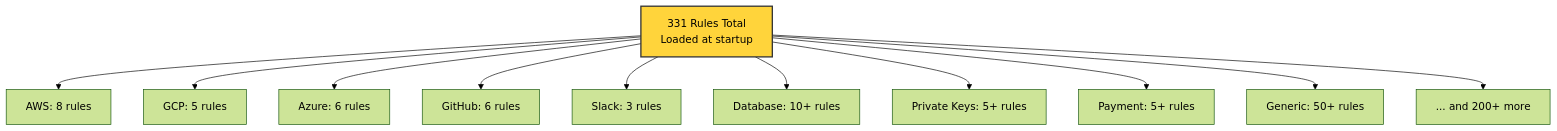
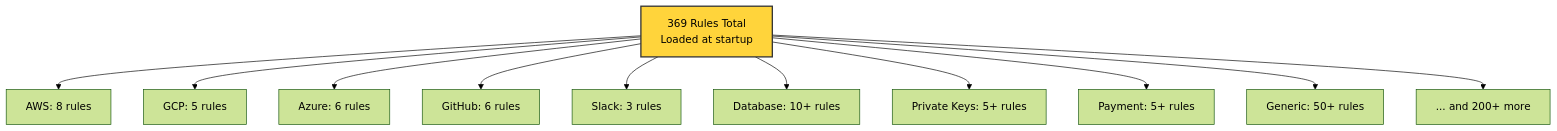
The tenth of 30 diagrams in docs/training/00-System-Design-Simplified.md (svemulapati/CredVigil), drawn with Mermaid (forest theme) before and after one commit. The commit also changed other lines of this file and 20 other files, not shown here.

````diff
--- a/docs/training/00-System-Design-Simplified.md
+++ b/docs/training/00-System-Design-Simplified.md
@@ -450,17 +450,17 @@
 ```mermaid
 graph TD
-    ALL["331 Rules Total<br/>Loaded at startup"]
+    ALL["369 Rules Total<br/>Loaded at startup"]
 
     ALL --> AWS["AWS: 8 rules"]
     ALL --> GCP["GCP: 5 rules"]
     ALL --> AZURE["Azure: 6 rules"]
     ALL --> GITHUB["GitHub: 6 rules"]
     ALL --> SLACK["Slack: 3 rules"]
     ALL --> DB["Database: 10+ rules"]
     ALL --> KEYS["Private Keys: 5+ rules"]
     ALL --> PAYMENT["Payment: 5+ rules"]
     ALL --> GENERIC["Generic: 50+ rules"]
     ALL --> MORE["... and 200+ more"]
 
     style ALL fill:#ffd43b,stroke:#333,stroke-width:2px
 ```
````
